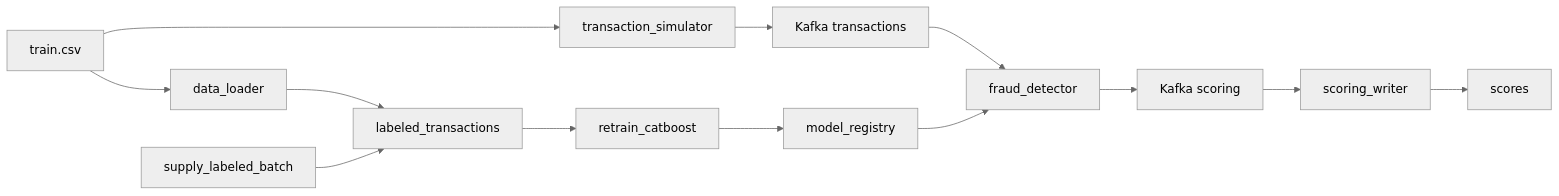
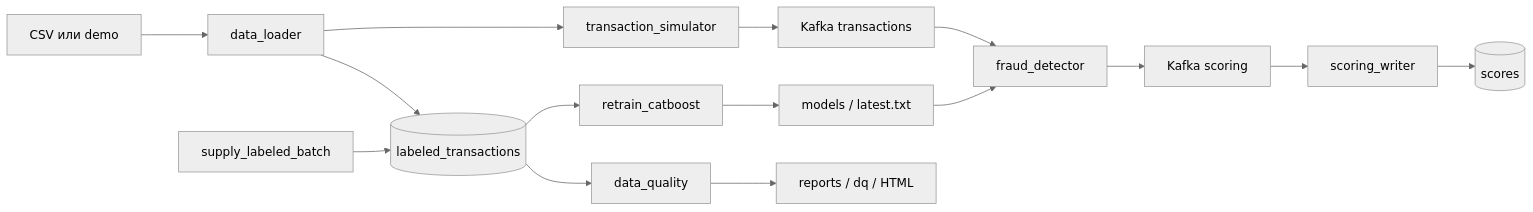
One commit to mvsamorodova/mlops-fraud-airflow changed the diagram in README.md. Above: the diagram before and after it, drawn with Mermaid (neutral theme). The commit also changed other lines of this file and 55 other files, not shown here.

Commit message:
Add idempotent retraining, model gate and data quality DAG

````diff
--- a/README.md
+++ b/README.md
@@ -11,15 +7,17 @@
 ```mermaid
 flowchart LR
-  csv[train.csv] --> loader[data_loader]
-  csv --> simulator[transaction_simulator]
-  loader --> showcase[labeled_transactions]
-  etlDag[supply_labeled_batch] --> showcase
-  showcase --> retrainDag[retrain_catboost]
-  retrainDag --> models[model_registry]
-  simulator --> transactions[Kafka transactions]
-  transactions --> scorer[fraud_detector]
-  models --> scorer
-  scorer --> scoring[Kafka scoring]
-  scoring --> writer[scoring_writer]
-  writer --> scores[scores]
+    source[CSV или demo] --> loader[data_loader]
+    loader --> db[(labeled_transactions)]
+    supply[supply_labeled_batch] --> db
+    db --> train[retrain_catboost]
+    train --> models[models / latest.txt]
+    loader --> simulator[transaction_simulator]
+    simulator --> transactions[Kafka transactions]
+    transactions --> scorer[fraud_detector]
+    models --> scorer
+    scorer --> scoring[Kafka scoring]
+    scoring --> writer[scoring_writer]
+    writer --> scores[(scores)]
+    db --> dq[data_quality]
+    dq --> reports[reports / dq / HTML]
 ```
````
